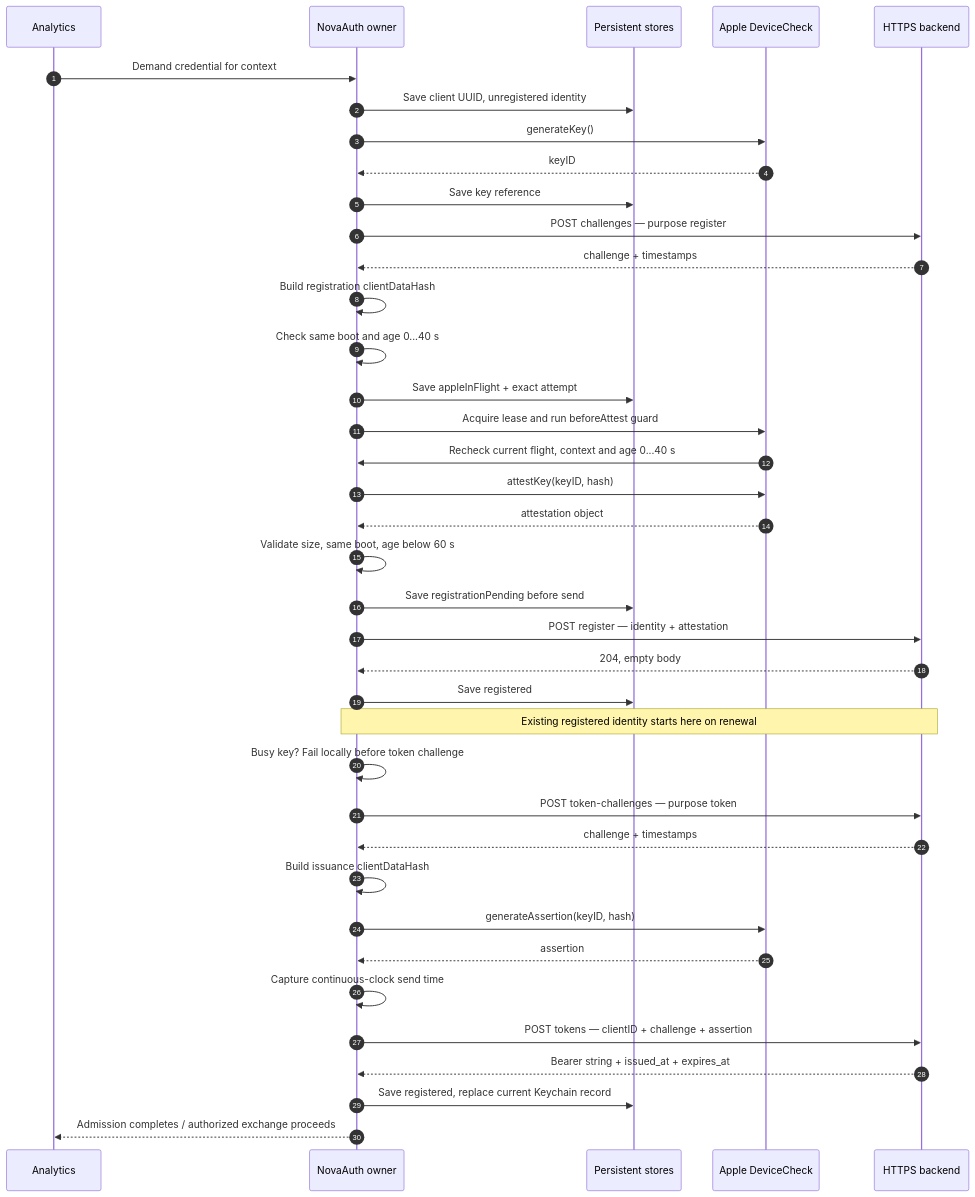
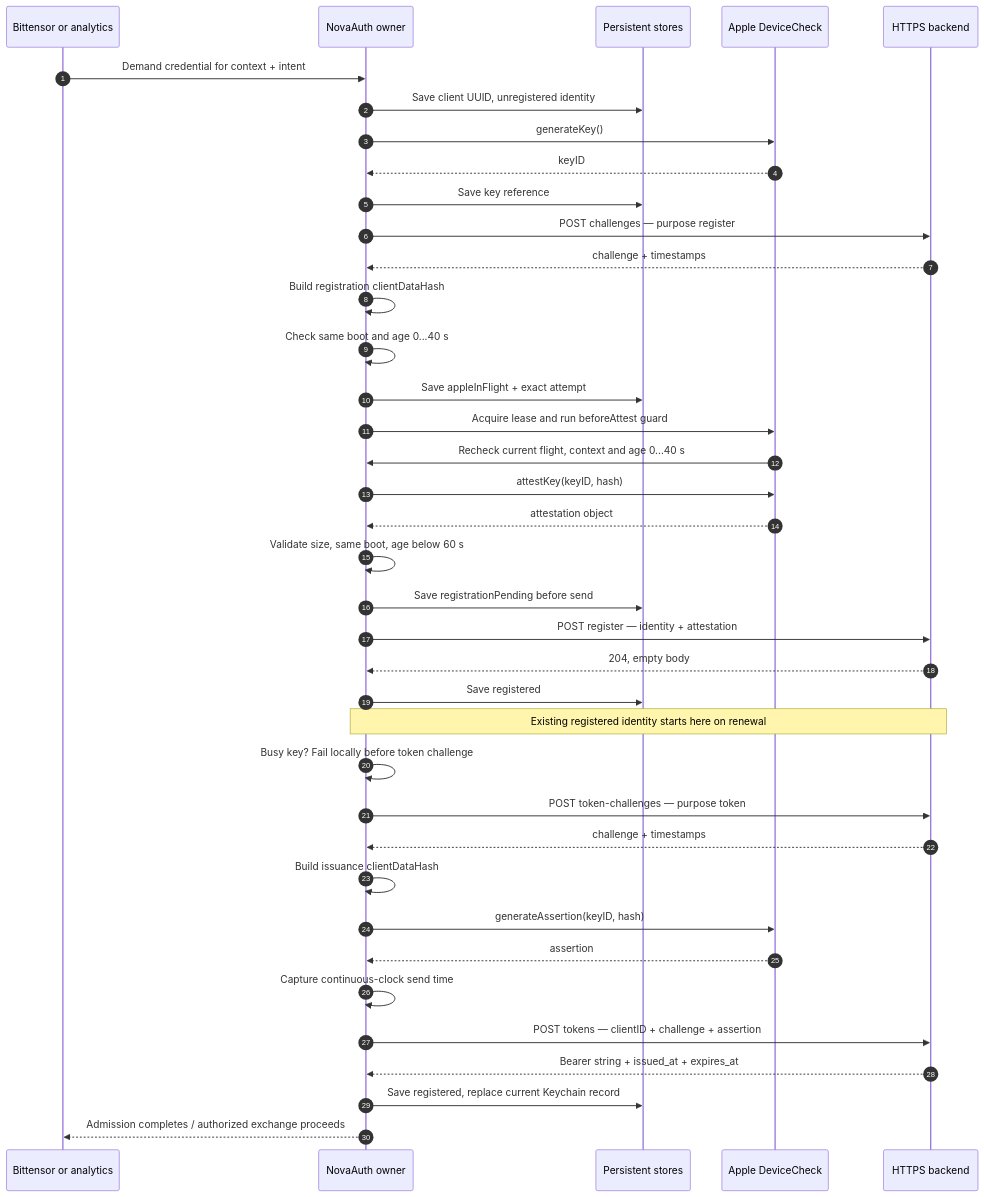
The second of 10 diagrams in .claude/docs/architecture/novaauth-client-diagrams.md (novasamatech/nova-wallet-ios), drawn with Mermaid before and after one commit. The commit also changed other lines of this file and 1 other file, not shown here.

Commit message:
document the bittensor side of the nova auth client architecture

````diff
--- a/.claude/docs/architecture/novaauth-client-diagrams.md
+++ b/.claude/docs/architecture/novaauth-client-diagrams.md
@@ -46,40 +54,40 @@
 ```mermaid
 sequenceDiagram
   autonumber
-  participant C as Analytics
+  participant C as Bittensor or analytics
   participant N as NovaAuth owner
   participant S as Persistent stores
   participant A as Apple DeviceCheck
   participant H as HTTPS backend
-  C->>N: Demand credential for context
+  C->>N: Demand credential for context + intent
   N->>S: Save client UUID, unregistered identity
   N->>A: generateKey()
   A-->>N: keyID
   N->>S: Save key reference
   N->>H: POST challenges — purpose register
   H-->>N: challenge + timestamps
   N->>N: Build registration clientDataHash
   N->>N: Check same boot and age 0...40 s
   N->>S: Save appleInFlight + exact attempt
   N->>A: Acquire lease and run beforeAttest guard
   A->>N: Recheck current flight, context and age 0...40 s
   N->>A: attestKey(keyID, hash)
   A-->>N: attestation object
   N->>N: Validate size, same boot, age below 60 s
   N->>S: Save registrationPending before send
   N->>H: POST register — identity + attestation
   H-->>N: 204, empty body
   N->>S: Save registered
   Note over N,H: Existing registered identity starts here on renewal
   N->>N: Busy key? Fail locally before token challenge
   N->>H: POST token-challenges — purpose token
   H-->>N: challenge + timestamps
   N->>N: Build issuance clientDataHash
   N->>A: generateAssertion(keyID, hash)
   A-->>N: assertion
   N->>N: Capture continuous-clock send time
   N->>H: POST tokens — clientID + challenge + assertion
   H-->>N: Bearer string + issued_at + expires_at
   N->>S: Save registered, replace current Keychain record
   N-->>C: Admission completes / authorized exchange proceeds
 ```
````
